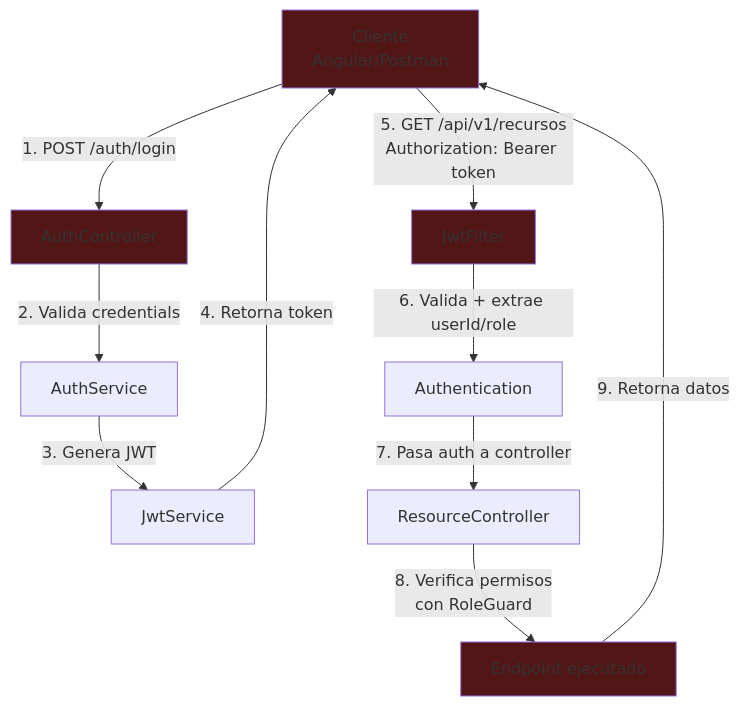
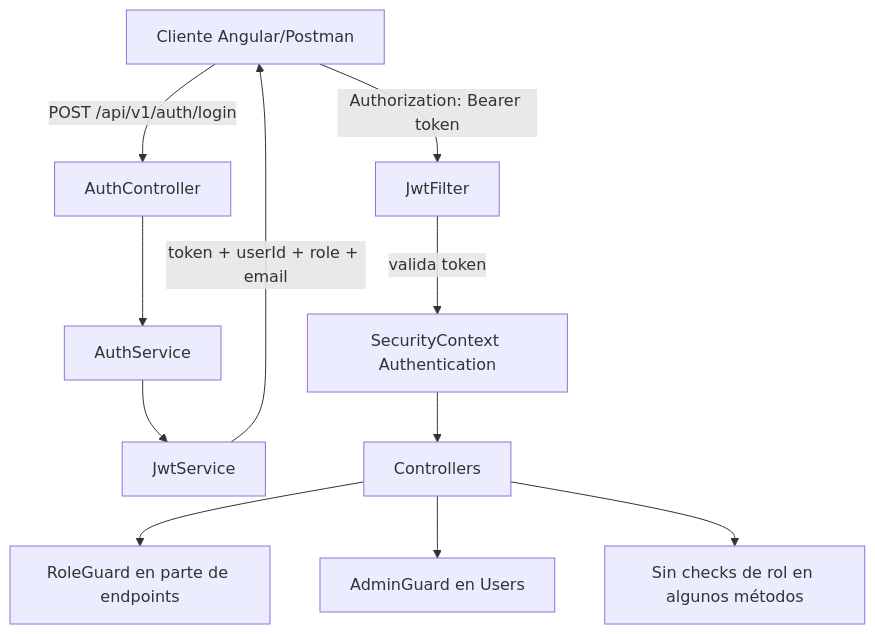
The diagram in docs/adapt-auth.md (GuillaumeEven/ecotrack-office), drawn with Mermaid before and after one commit. The commit also changed other lines of this file and 1 other file, not shown here.

Commit message:
dev(): upd adapt-auth.md

````diff
--- a/docs/adapt-auth.md
+++ b/docs/adapt-auth.md
@@ -17,19 +30,15 @@
 ```mermaid
 graph TB
-    A[Cliente<br/>Angular/Postman] -->|1. POST /auth/login| B[AuthController]
-    B -->|2. Valida credentials| C[AuthService]
-    C -->|3. Genera JWT| D[JwtService]
-    D -->|4. Retorna token| A
-    
-    A -->|5. GET /api/v1/recursos<br/>Authorization: Bearer token| E[JwtFilter]
-    E -->|6. Valida + extrae userId/role| F[Authentication]
-    F -->|7. Pasa auth a controller| G[ResourceController]
-    G -->|8. Verifica permisos<br/>con RoleGuard| H[Endpoint ejecutado]
-    
-    H -->|9. Retorna datos| A
-    
-    style A fill:#521616
-    style B fill:#521616
-    style E fill:#521616
-    style H fill:#521616
+    A[Cliente Angular/Postman] -->|POST /api/v1/auth/login| B[AuthController]
+    B --> C[AuthService]
+    C --> D[JwtService]
+    D -->|token + userId + role + email| A
+
+    A -->|Authorization: Bearer token| E[JwtFilter]
+    E -->|valida token| F[SecurityContext Authentication]
+    F --> G[Controllers]
+
+    G --> H1[RoleGuard en parte de endpoints]
+    G --> H2[AdminGuard en Users]
+    G --> H3[Sin checks de rol en algunos métodos]
 ```
````
